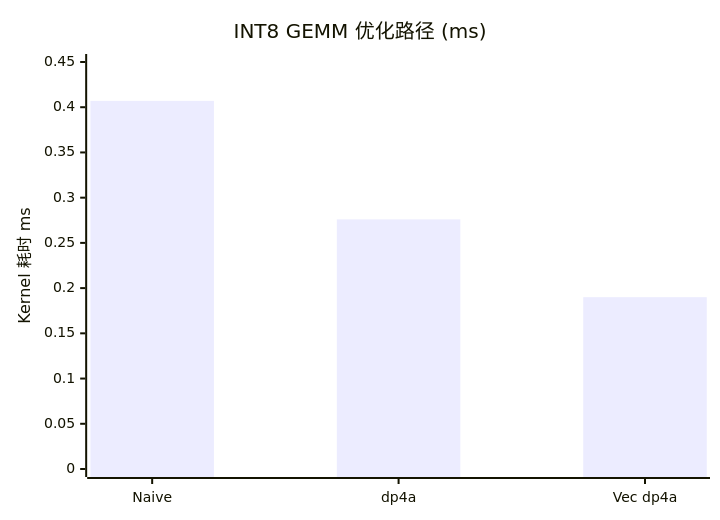
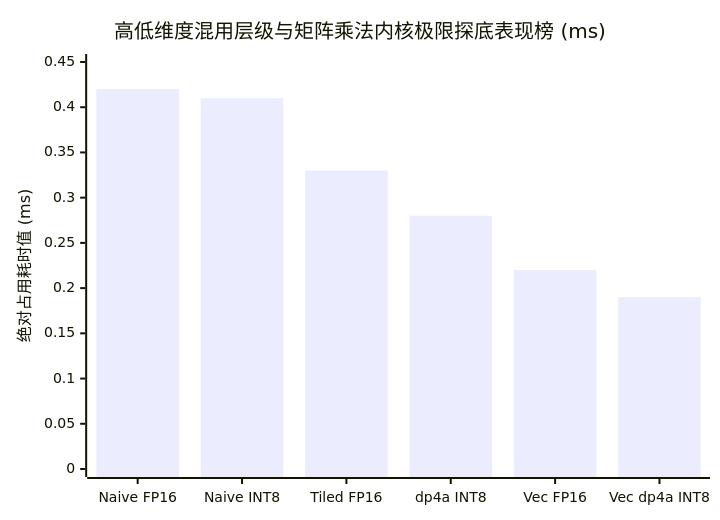
One commit to psmarter/CUDA-Practice changed the second of 2 diagrams in Blogs/07_Quantization_FP16_INT8_dp4a.md. Above: the diagram before and after it, drawn with Mermaid. The commit also changed other lines of this file and 14 other files, not shown here.

````diff
--- a/Blogs/07_Quantization_FP16_INT8_dp4a.md
+++ b/Blogs/07_Quantization_FP16_INT8_dp4a.md
@@ -108,7 +199,7 @@
 ```mermaid
-xychart-beta
-  title "INT8 GEMM 优化路径 (ms)"
-  x-axis ["Naive", "dp4a", "Vec dp4a"]
-  y-axis "Kernel 耗时 ms" 0 --> 0.45
-  bar [0.407, 0.276, 0.190]
+xychart
+  title "高低维度混用层级与矩阵乘法内核极限探底表现榜 (ms)"
+  x-axis ["Naive FP16", "Naive INT8", "Tiled FP16", "dp4a INT8", "Vec FP16", "Vec dp4a INT8"]
+  y-axis "绝对占用耗时值 (ms)" 0 --> 0.45
+  bar [0.42, 0.41, 0.33, 0.28, 0.22, 0.19]
 ```
````
